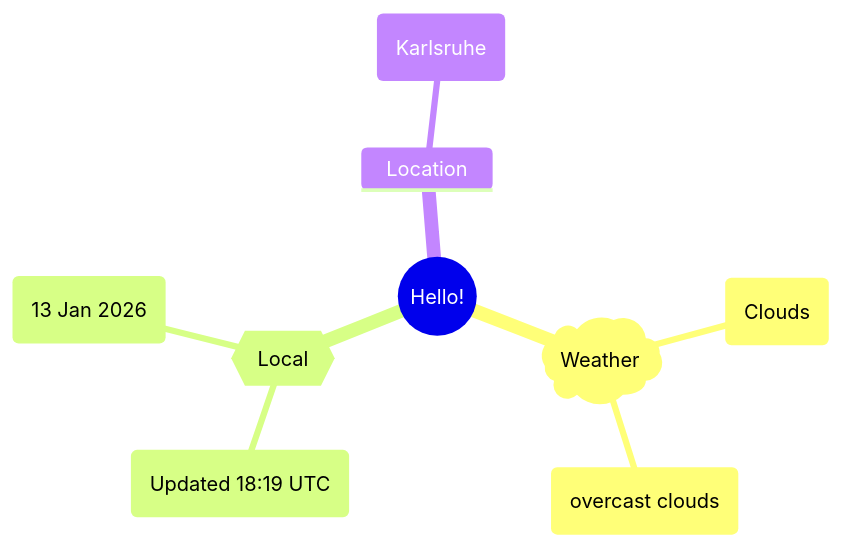
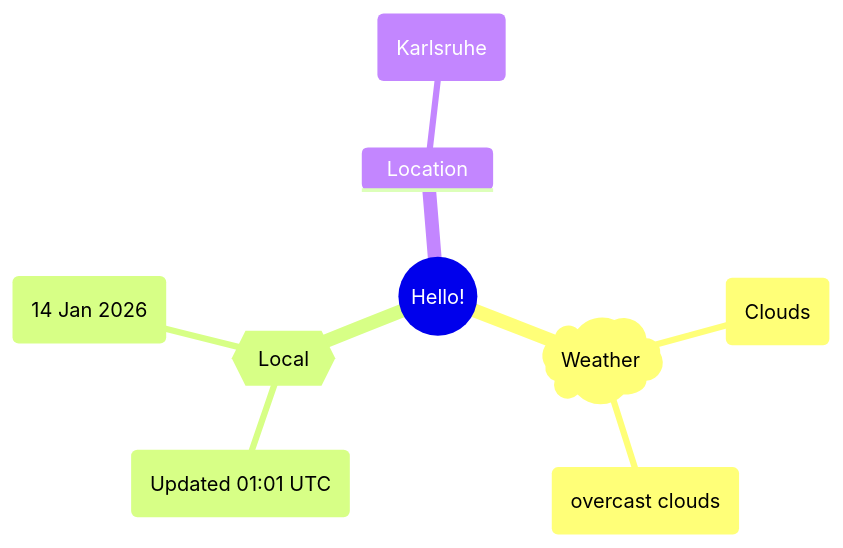
Before and after one commit to Xosrov/Xosrov: the first of 2 diagrams in README.md, drawn with Mermaid.

Commit message:
[bot] updated images

````diff
--- a/README.md
+++ b/README.md
@@ -3,12 +3,12 @@
 ```mermaid
 mindmap
   root((Hello!))
     )Weather(
         (Clouds)
         (overcast clouds)
     {{Local}}
-        (Updated 18:19 UTC)
-        (13 Jan 2026)
+        (Updated 01:01 UTC)
+        (14 Jan 2026)
     Location
         (Karlsruhe)
 ```
````
